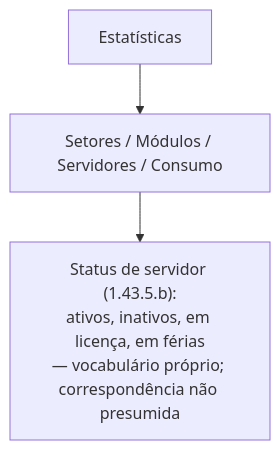
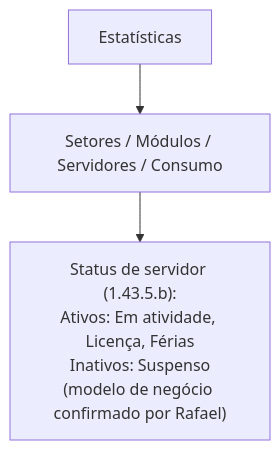
One commit to RafaCartaxo/brainwork changed the diagram in QA Workspace/02 Demandas/DEV/SGV-11262 - [QA-Automação] Termo de Referência SOGOV/SGV-12082 - Mapeamento de atores e modelo do preset do TR/01 Modelo do preset/Seções do TR/11 - Estatísticas e indicadores (1.43).md. Above: the diagram before and after it, drawn with Mermaid. The commit also changed other lines of this file and 4 other files, not shown here.

````diff
--- a/QA Workspace/02 Demandas/DEV/SGV-11262 - [QA-Automação] Termo de Referência SOGOV/SGV-12082 - Mapeamento de atores e modelo do preset do TR/01 Modelo do preset/Seções do TR/11 - Estatísticas e indicadores (1.43).md
+++ b/QA Workspace/02 Demandas/DEV/SGV-11262 - [QA-Automação] Termo de Referência SOGOV/SGV-12082 - Mapeamento de atores e modelo do preset do TR/01 Modelo do preset/Seções do TR/11 - Estatísticas e indicadores (1.43).md
@@ -20,5 +20,5 @@
 ```mermaid
 flowchart TB
     Estatisticas["Estatísticas"] --> Relatorios["Setores / Módulos / Servidores / Consumo"]
-    Relatorios --> StatusServidor["Status de servidor (1.43.5.b):<br/>ativos, inativos, em licença, em férias<br/>— vocabulário próprio; correspondência não presumida"]
+    Relatorios --> StatusServidor["Status de servidor (1.43.5.b):<br/>Ativos: Em atividade, Licença, Férias<br/>Inativos: Suspenso<br/>(modelo de negócio confirmado por Rafael)"]
 ```
````
